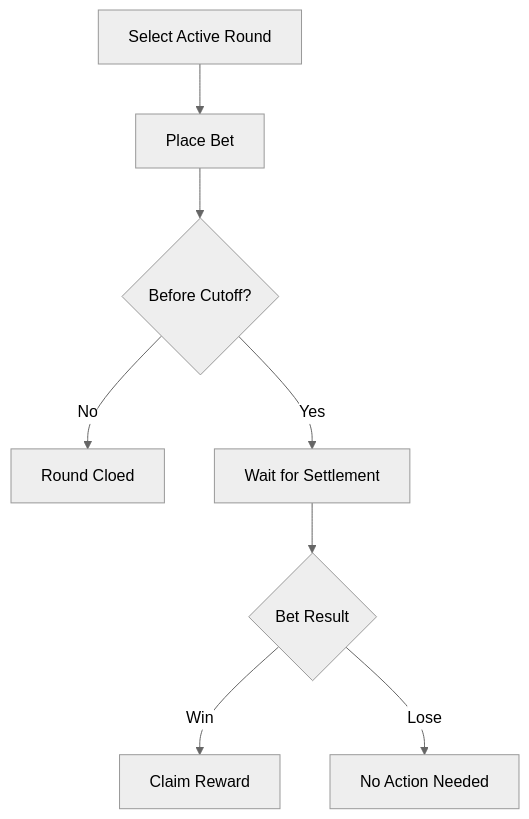
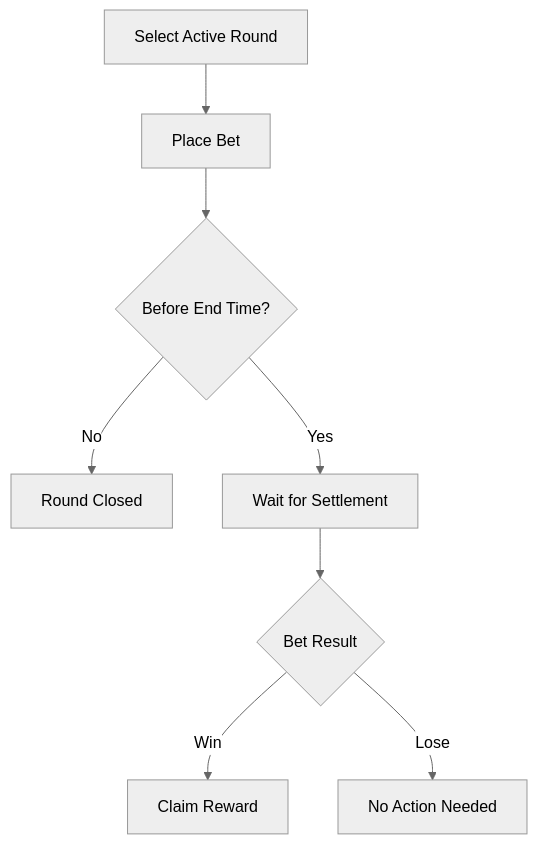
One commit to muhammad-akbrrr/gold-rush-smartcontract changed the fourth of 7 diagrams in README.md. Above: the diagram before and after it, drawn with Mermaid (neutral theme). The commit also changed other lines of this file, not shown here.

Commit message:
fix(readme): admin, user, and keeper flows

````diff
--- a/README.md
+++ b/README.md
@@ -107,10 +205,10 @@
 ```mermaid
 graph TD
     A[Select Active Round] --> B[Place Bet]
-    B --> C{Before Cutoff?}
-    C -->|No| D[Round Cloed]
+    B --> C{Before End Time?}
+    C -->|No| D[Round Closed]
     C -->|Yes| E[Wait for Settlement]
     E --> F{Bet Result}
     F -->|Win| G[Claim Reward]
     F -->|Lose| H[No Action Needed]
 ```
````
